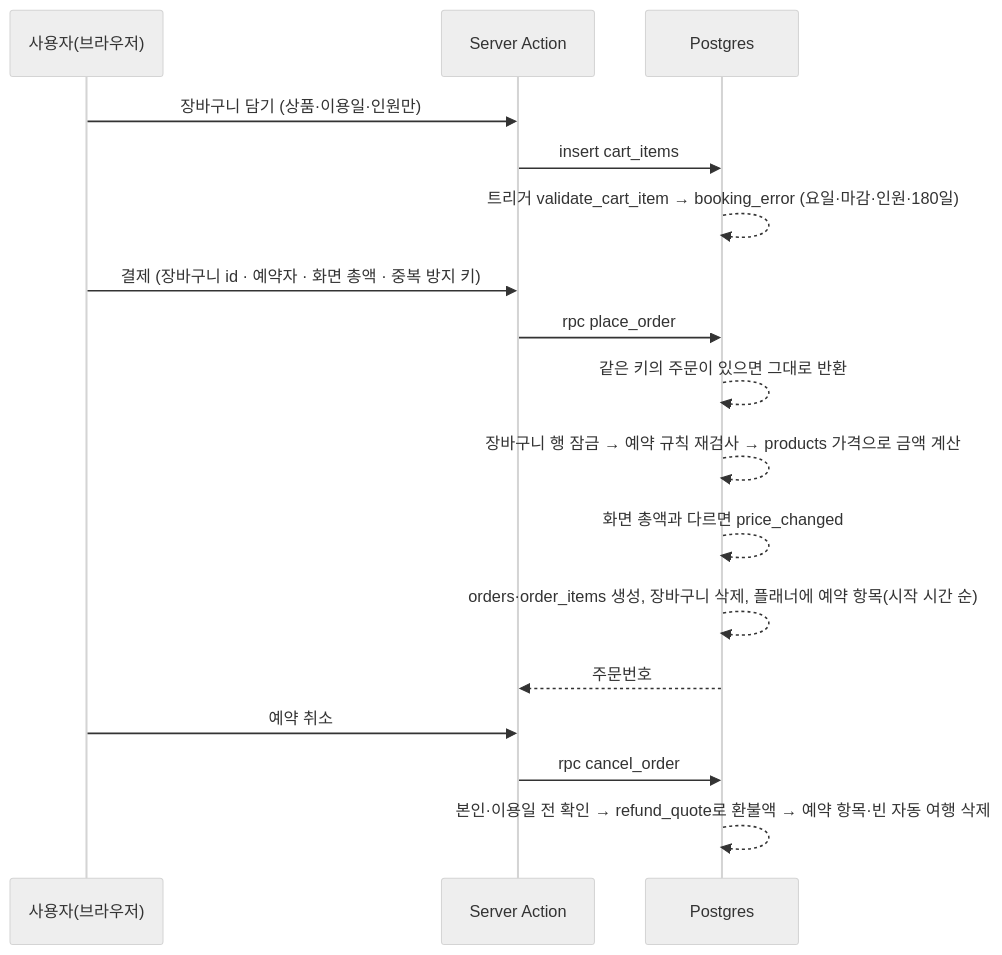
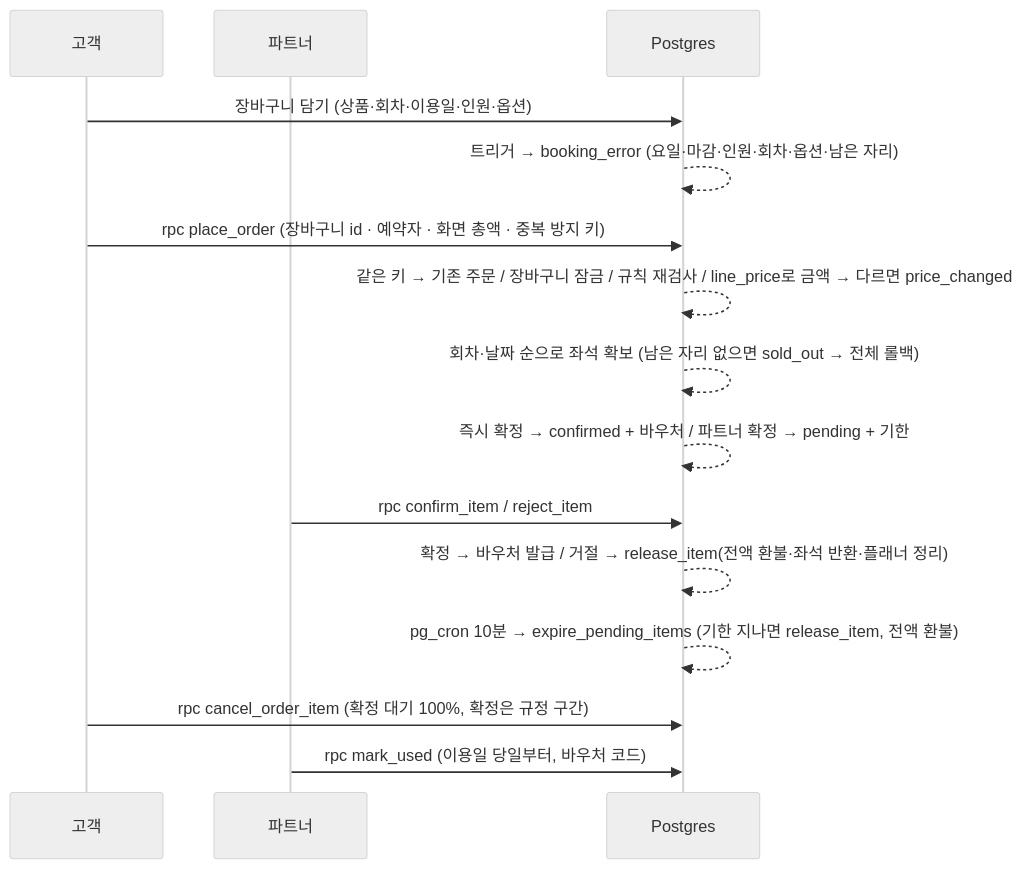
The second of 2 diagrams in docs/database.md (orinery/2026_ondo), drawn with Mermaid (neutral theme) before and after one commit. The commit also changed other lines of this file and 3 other files, not shown here.

First line of the commit message:
docs: 파트너 센터·관리자 콘솔 기준 README·ERD·배포 가이드·점검 보고서

````diff
--- a/docs/database.md
+++ b/docs/database.md
@@ -127,19 +139,17 @@
 ```mermaid
 sequenceDiagram
-  participant U as 사용자(브라우저)
-  participant A as Server Action
+  participant U as 고객
+  participant P as 파트너
   participant DB as Postgres
-  U->>A: 장바구니 담기 (상품·이용일·인원만)
-  A->>DB: insert cart_items
-  DB-->>DB: 트리거 validate_cart_item → booking_error (요일·마감·인원·180일)
-  U->>A: 결제 (장바구니 id · 예약자 · 화면 총액 · 중복 방지 키)
-  A->>DB: rpc place_order
-  DB-->>DB: 같은 키의 주문이 있으면 그대로 반환
-  DB-->>DB: 장바구니 행 잠금 → 예약 규칙 재검사 → products 가격으로 금액 계산
-  DB-->>DB: 화면 총액과 다르면 price_changed
-  DB-->>DB: orders·order_items 생성, 장바구니 삭제, 플래너에 예약 항목(시작 시간 순)
-  DB-->>A: 주문번호
-  U->>A: 예약 취소
-  A->>DB: rpc cancel_order
-  DB-->>DB: 본인·이용일 전 확인 → refund_quote로 환불액 → 예약 항목·빈 자동 여행 삭제
+  U->>DB: 장바구니 담기 (상품·회차·이용일·인원·옵션)
+  DB-->>DB: 트리거 → booking_error (요일·마감·인원·회차·옵션·남은 자리)
+  U->>DB: rpc place_order (장바구니 id · 예약자 · 화면 총액 · 중복 방지 키)
+  DB-->>DB: 같은 키 → 기존 주문 / 장바구니 잠금 / 규칙 재검사 / line_price로 금액 → 다르면 price_changed
+  DB-->>DB: 회차·날짜 순으로 좌석 확보 (남은 자리 없으면 sold_out → 전체 롤백)
+  DB-->>DB: 즉시 확정 → confirmed + 바우처 / 파트너 확정 → pending + 기한
+  P->>DB: rpc confirm_item / reject_item
+  DB-->>DB: 확정 → 바우처 발급 / 거절 → release_item(전액 환불·좌석 반환·플래너 정리)
+  DB-->>DB: pg_cron 10분 → expire_pending_items (기한 지나면 release_item, 전액 환불)
+  U->>DB: rpc cancel_order_item (확정 대기 100%, 확정은 규정 구간)
+  P->>DB: rpc mark_used (이용일 당일부터, 바우처 코드)
 ```
````
